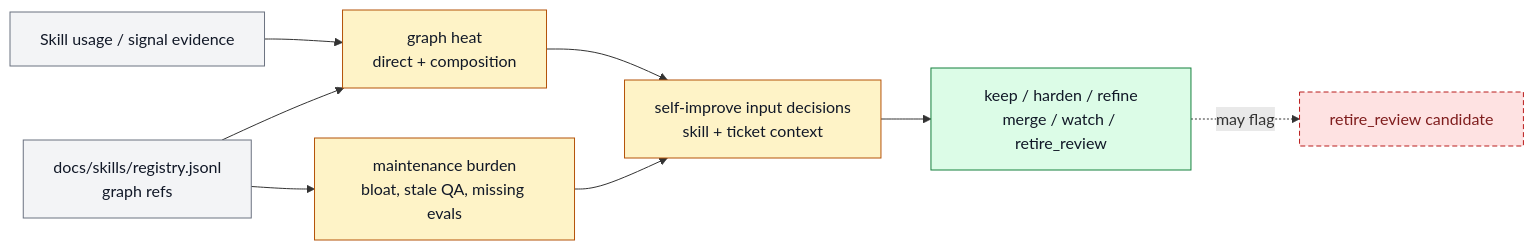
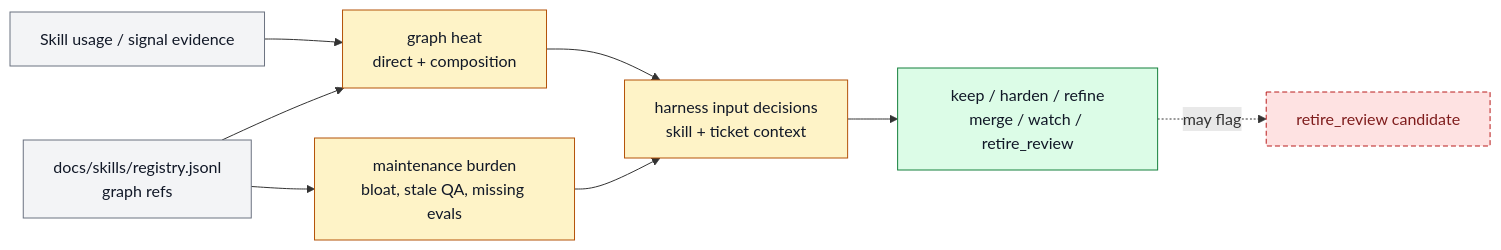
Before and after one commit to ZanarkandTechnologies/Farplane: the diagram in docs/features/FEAT-0064-skill-signals.md, drawn with Mermaid. The commit also changed other lines of this file and 216 other files, not shown here.

````diff
--- a/docs/features/FEAT-0064-skill-signals.md
+++ b/docs/features/FEAT-0064-skill-signals.md
@@ -128,23 +128,23 @@
 ```mermaid
 flowchart LR
   classDef keep fill:#f3f4f6,stroke:#6b7280,color:#111827
   classDef changed fill:#fef3c7,stroke:#b45309,color:#111827
   classDef added fill:#dcfce7,stroke:#15803d,color:#111827
   classDef retired fill:#fee2e2,stroke:#b91c1c,color:#7f1d1d,stroke-dasharray: 5 3
 
   usage["Skill usage / signal evidence"]:::keep
   registry["docs/skills/registry.jsonl<br/>graph refs"]:::keep
   heat["graph heat<br/>direct + composition"]:::changed
   burden["maintenance burden<br/>bloat, stale QA, missing evals"]:::changed
-  taste["self-improve input decisions<br/>skill + ticket context"]:::changed
+  taste["harness input decisions<br/>skill + ticket context"]:::changed
   decision["keep / harden / refine<br/>merge / watch / retire_review"]:::added
   retire["retire_review candidate"]:::retired
 
   usage --> heat
   registry --> heat
   registry --> burden
   heat --> taste
   burden --> taste
   taste --> decision
   decision -. may flag .-> retire
 ```
````
